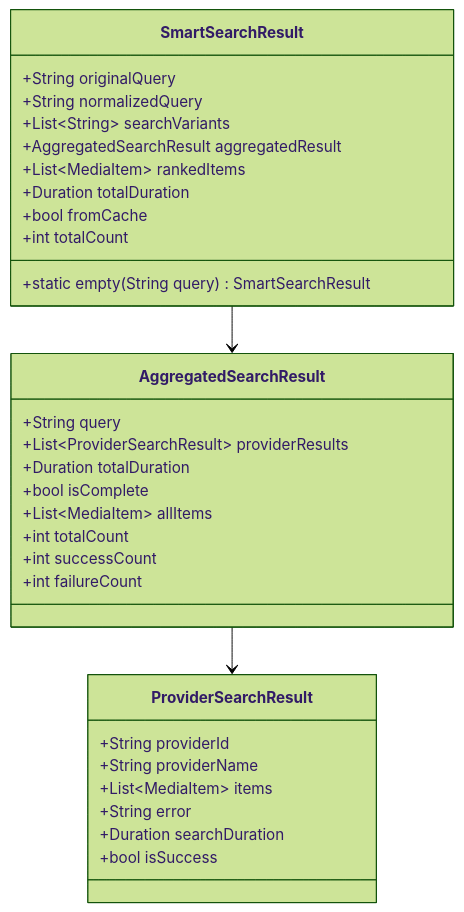
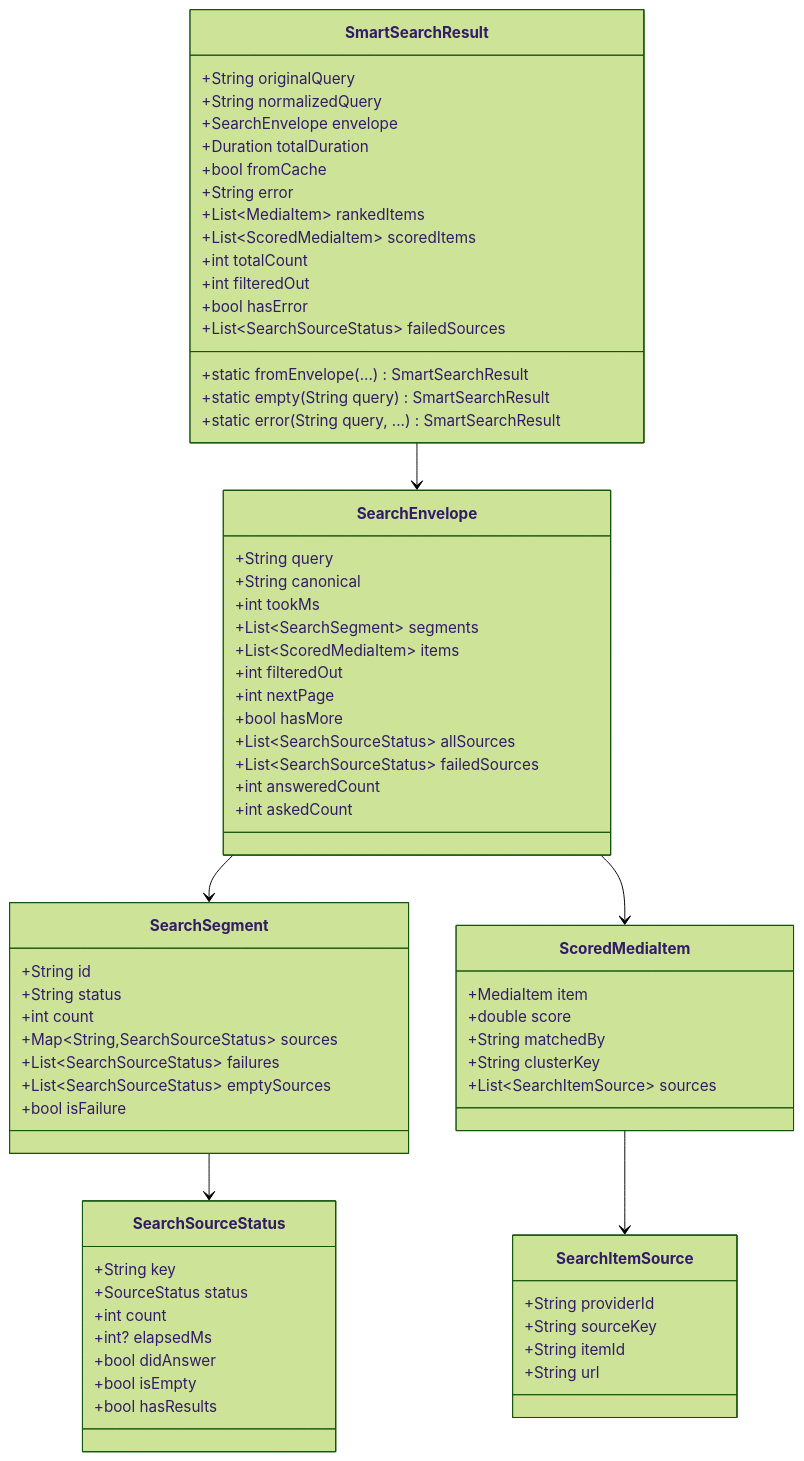
Before and after one commit to edhases/kadrbox: the fourth of 11 diagrams in docs/05_STATE_MANAGEMENT_AND_WORKFLOWS.md, drawn with Mermaid (forest theme). The commit also changed other lines of this file and 10 other files, not shown here.

````diff
--- a/docs/05_STATE_MANAGEMENT_AND_WORKFLOWS.md
+++ b/docs/05_STATE_MANAGEMENT_AND_WORKFLOWS.md
@@ -228,37 +226,76 @@
 ```mermaid
 classDiagram
     class SmartSearchResult {
         +String originalQuery
         +String normalizedQuery
-        +List~String~ searchVariants
-        +AggregatedSearchResult aggregatedResult
-        +List~MediaItem~ rankedItems
+        +SearchEnvelope envelope
         +Duration totalDuration
         +bool fromCache
+        +String error
+        +List~MediaItem~ rankedItems
+        +List~ScoredMediaItem~ scoredItems
         +int totalCount
+        +int filteredOut
+        +bool hasError
+        +List~SearchSourceStatus~ failedSources
+        +static fromEnvelope(...) SmartSearchResult
         +static empty(String query) SmartSearchResult
+        +static error(String query, ...) SmartSearchResult
     }
 
-    class AggregatedSearchResult {
+    class SearchEnvelope {
         +String query
-        +List~ProviderSearchResult~ providerResults
-        +Duration totalDuration
-        +bool isComplete
-        +List~MediaItem~ allItems
-        +int totalCount
-        +int successCount
-        +int failureCount
+        +String canonical
+        +int tookMs
+        +List~SearchSegment~ segments
+        +List~ScoredMediaItem~ items
+        +int filteredOut
+        +int nextPage
+        +bool hasMore
+        +List~SearchSourceStatus~ allSources
+        +List~SearchSourceStatus~ failedSources
+        +int answeredCount
+        +int askedCount
     }
 
-    class ProviderSearchResult {
-        +String providerId
-        +String providerName
-        +List~MediaItem~ items
-        +String error
-        +Duration searchDuration
-        +bool isSuccess
+    class SearchSegment {
+        +String id
+        +String status
+        +int count
+        +Map~String,SearchSourceStatus~ sources
+        +List~SearchSourceStatus~ failures
+        +List~SearchSourceStatus~ emptySources
+        +bool isFailure
     }
 
-    SmartSearchResult --> AggregatedSearchResult
-    AggregatedSearchResult --> ProviderSearchResult
+    class SearchSourceStatus {
+        +String key
+        +SourceStatus status
+        +int count
+        +int? elapsedMs
+        +bool didAnswer
+        +bool isEmpty
+        +bool hasResults
+    }
+
+    class ScoredMediaItem {
+        +MediaItem item
+        +double score
+        +String matchedBy
+        +String clusterKey
+        +List~SearchItemSource~ sources
+    }
+
+    class SearchItemSource {
+        +String providerId
+        +String sourceKey
+        +String itemId
+        +String url
+    }
+
+    SmartSearchResult --> SearchEnvelope
+    SearchEnvelope --> SearchSegment
+    SearchEnvelope --> ScoredMediaItem
+    SearchSegment --> SearchSourceStatus
+    ScoredMediaItem --> SearchItemSource
 ```
````
